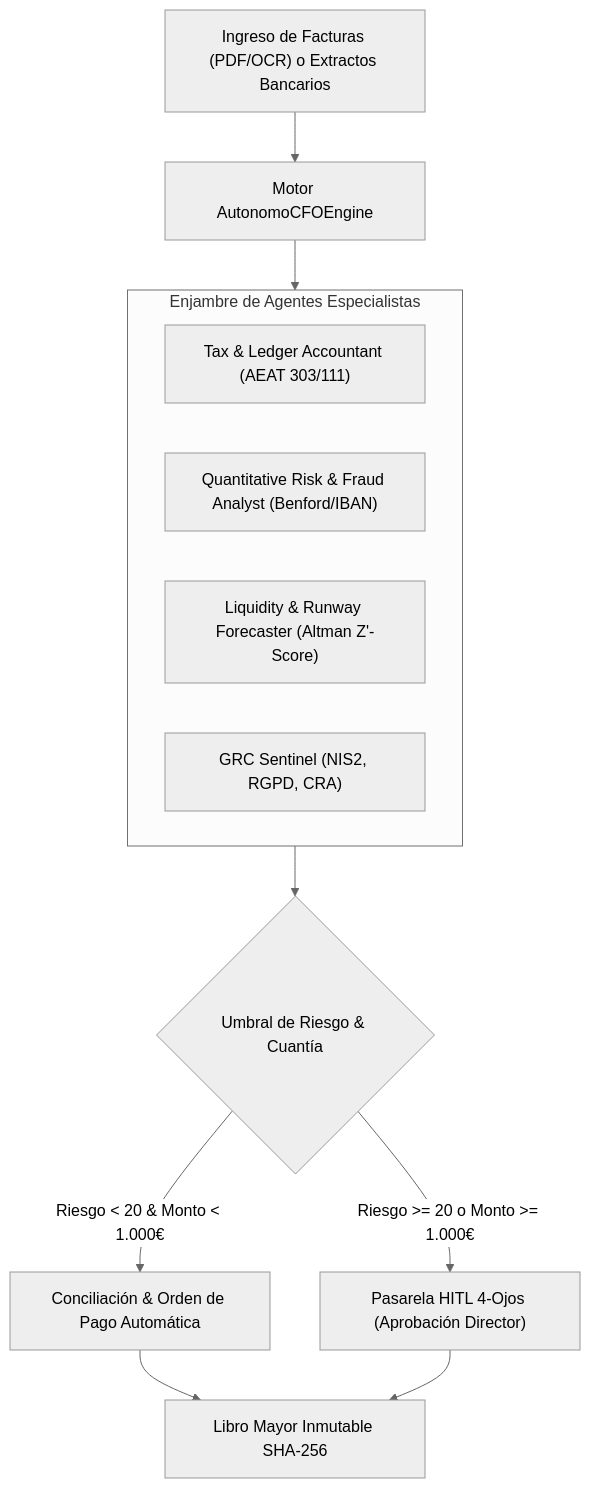
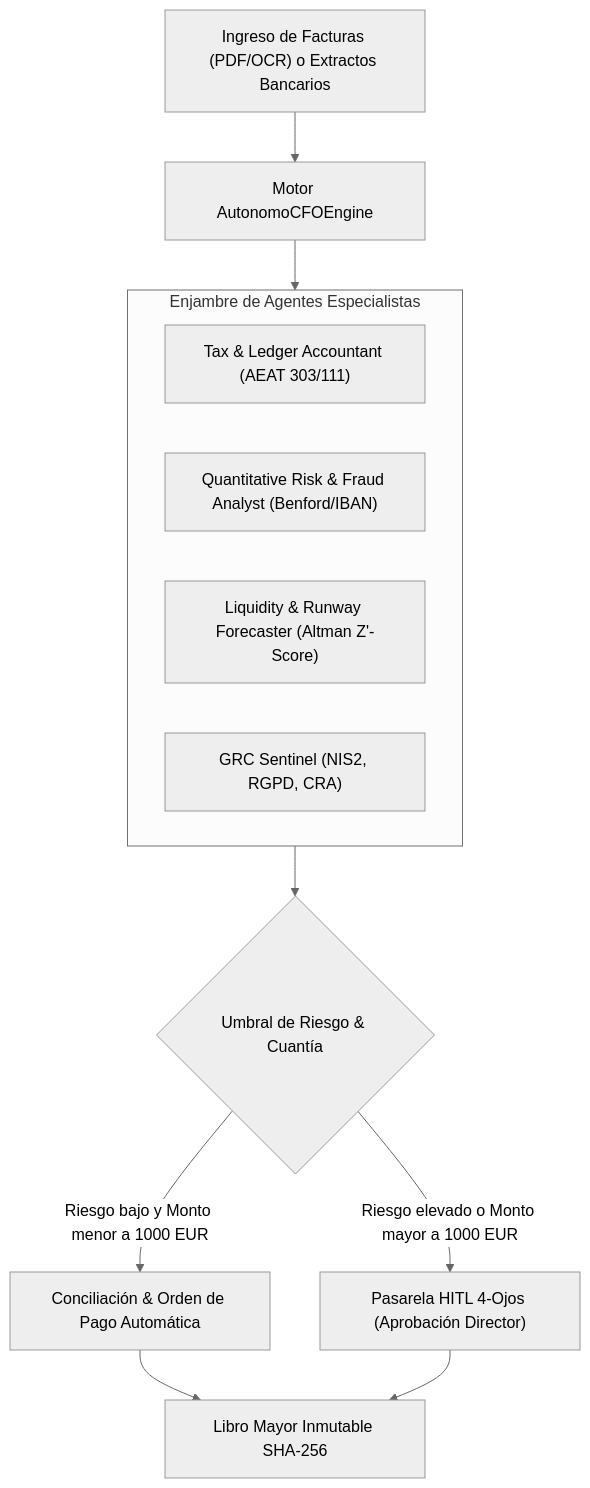
One commit to Tardigrado-76/Capgemini changed the diagram in CFO Director Financiero Autónomo para PYMEs PoC Purgatory/MANUAL_DE_USO.md. Above: the diagram before and after it, drawn with Mermaid (neutral theme). The commit also changed 11 other files, not shown here.

Commit message:
fix(docs): sanitize Mermaid diagram edge labels across all projects to ensure 100% GitHub rendering

````diff
--- a/CFO Director Financiero Autónomo para PYMEs PoC Purgatory/MANUAL_DE_USO.md
+++ b/CFO Director Financiero Autónomo para PYMEs PoC Purgatory/MANUAL_DE_USO.md
@@ -10,20 +10,20 @@
 ```mermaid
 graph TD
     Inflow["Ingreso de Facturas (PDF/OCR) o Extractos Bancarios"] --> CFOEngine["Motor AutonomoCFOEngine"]
     
     subgraph Swarm ["Enjambre de Agentes Especialistas"]
         Tax["Tax & Ledger Accountant (AEAT 303/111)"]
         Fraud["Quantitative Risk & Fraud Analyst (Benford/IBAN)"]
         Cash["Liquidity & Runway Forecaster (Altman Z'-Score)"]
         GRC["GRC Sentinel (NIS2, RGPD, CRA)"]
     end
 
     CFOEngine --> Swarm
     Swarm --> RiskGate{"Umbral de Riesgo & Cuantía"}
     
-    RiskGate -->|Riesgo < 20 & Monto < 1.000€| AutoExecute["Conciliación & Orden de Pago Automática"]
-    RiskGate -->|Riesgo >= 20 o Monto >= 1.000€| HITL["Pasarela HITL 4-Ojos (Aprobación Director)"]
+    RiskGate -->|Riesgo bajo y Monto menor a 1000 EUR| AutoExecute["Conciliación & Orden de Pago Automática"]
+    RiskGate -->|Riesgo elevado o Monto mayor a 1000 EUR| HITL["Pasarela HITL 4-Ojos (Aprobación Director)"]
     
     AutoExecute --> Ledger["Libro Mayor Inmutable SHA-256"]
     HITL --> Ledger
 ```
````
